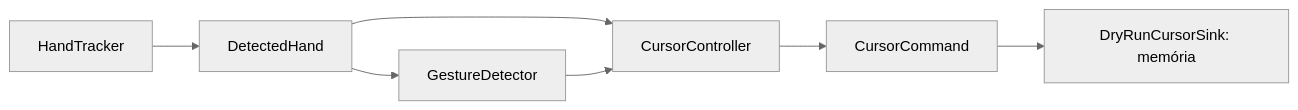
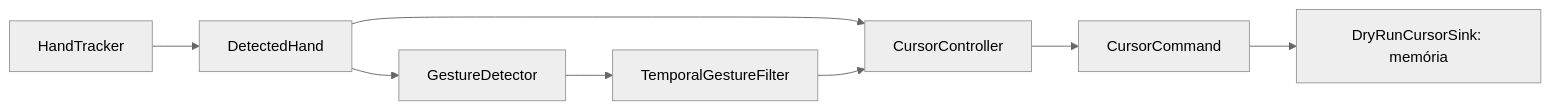
One commit to FernandoBuligon/hgi changed the third of 3 diagrams in docs/ARCHITECTURE.md. Above: the diagram before and after it, drawn with Mermaid (neutral theme). The commit also changed other lines of this file and 2 other files, not shown here.

Commit message:
docs: close Phase 6 temporal dry-run verification

````diff
--- a/docs/ARCHITECTURE.md
+++ b/docs/ARCHITECTURE.md
@@ -271,9 +276,10 @@
 ```mermaid
 flowchart LR
     A[HandTracker] --> B[DetectedHand]
     B --> C[GestureDetector]
     B --> D[CursorController]
-    C --> D
+    C --> T[TemporalGestureFilter]
+    T --> D
     D --> E[CursorCommand]
     E --> F[DryRunCursorSink: memória]
 ```
````
